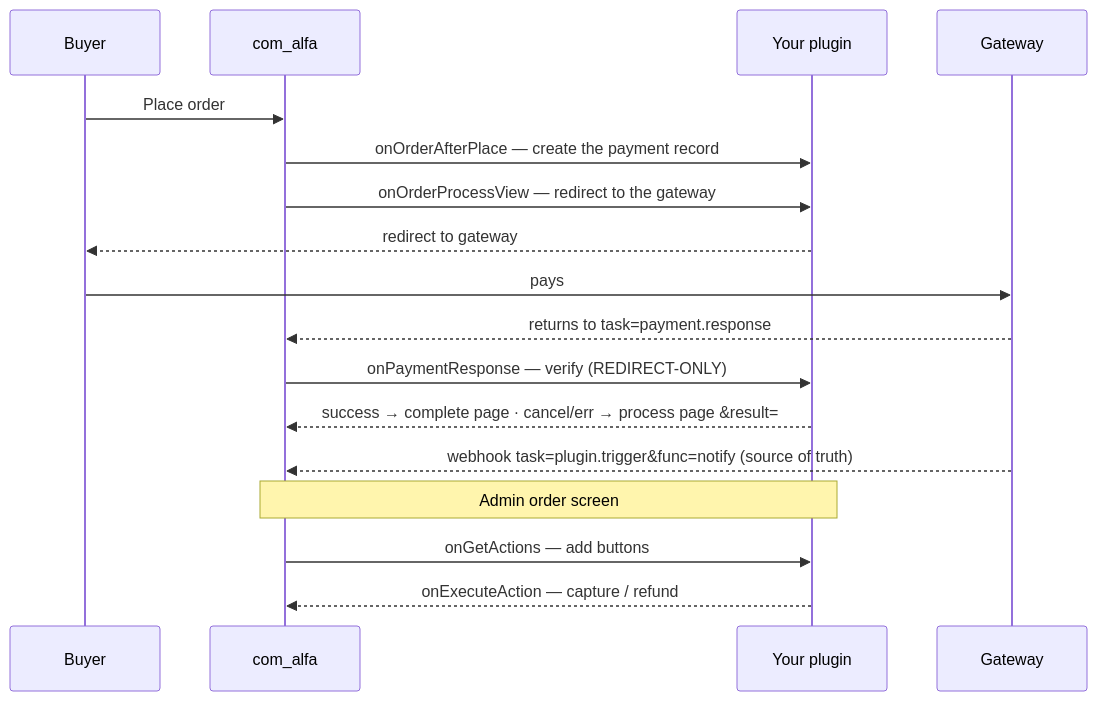
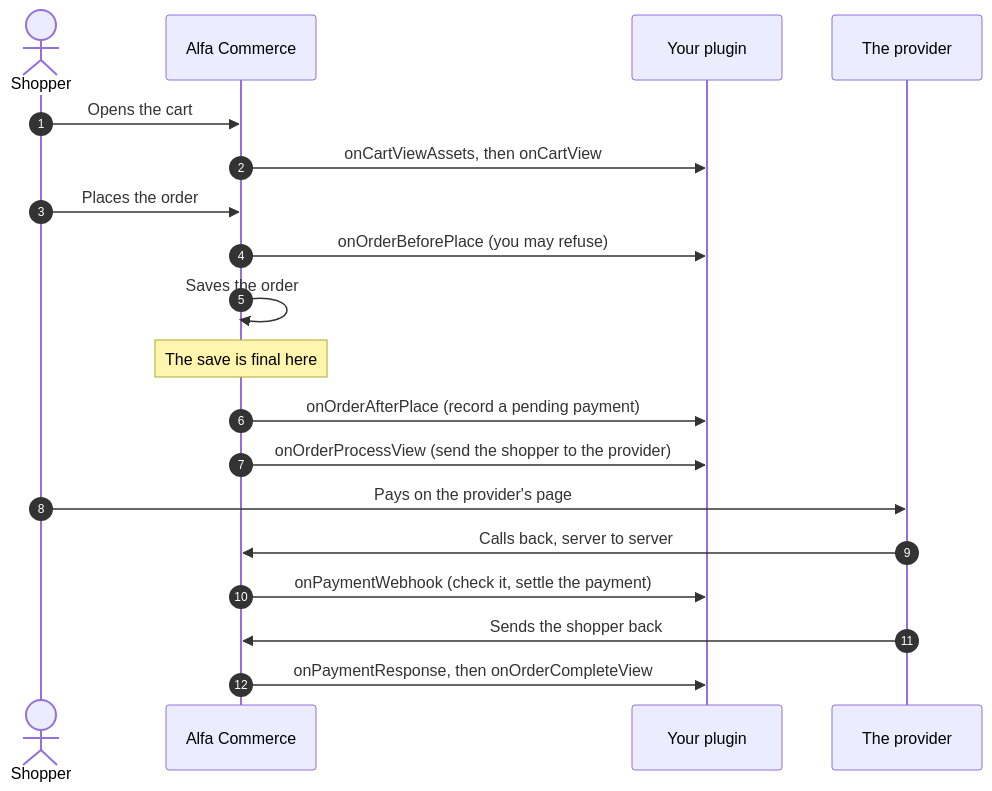
The first of 2 diagrams in docs/plugins/payment-plugins.md (Easylogic-CO-LP/Alfa-Commerce-Manual), drawn with Mermaid before and after one commit. The commit also changed other lines of this file and 11 other files, not shown here.

````diff
--- a/docs/plugins/payment-plugins.md
+++ b/docs/plugins/payment-plugins.md
@@ -20,19 +87,21 @@
 ```mermaid
 sequenceDiagram
-    participant B as Buyer
-    participant C as com_alfa
+    autonumber
+    actor Shopper
+    participant Alfa as Alfa Commerce
     participant P as Your plugin
-    participant G as Gateway
-    B->>C: Place order
-    C->>P: onOrderAfterPlace — create the payment record
-    C->>P: onOrderProcessView — redirect to the gateway
-    P-->>B: redirect to gateway
-    B->>G: pays
-    G-->>C: returns to task=payment.response
-    C->>P: onPaymentResponse — verify (REDIRECT-ONLY)
-    P-->>C: success → complete page · cancel/err → process page &result=
-    G-->>C: webhook task=plugin.trigger&func=notify (source of truth)
-    Note over C,P: Admin order screen
-    C->>P: onGetActions — add buttons
-    P-->>C: onExecuteAction — capture / refund
+    participant Provider as The provider
+    Shopper->>Alfa: Opens the cart
+    Alfa->>P: onCartViewAssets, then onCartView
+    Shopper->>Alfa: Places the order
+    Alfa->>P: onOrderBeforePlace (you may refuse)
+    Alfa->>Alfa: Saves the order
+    Note over Alfa: The save is final here
+    Alfa->>P: onOrderAfterPlace (record a pending payment)
+    Alfa->>P: onOrderProcessView (send the shopper to the provider)
+    Shopper->>Provider: Pays on the provider's page
+    Provider->>Alfa: Calls back, server to server
+    Alfa->>P: onPaymentWebhook (check it, settle the payment)
+    Provider->>Alfa: Sends the shopper back
+    Alfa->>P: onPaymentResponse, then onOrderCompleteView
 ```
````
